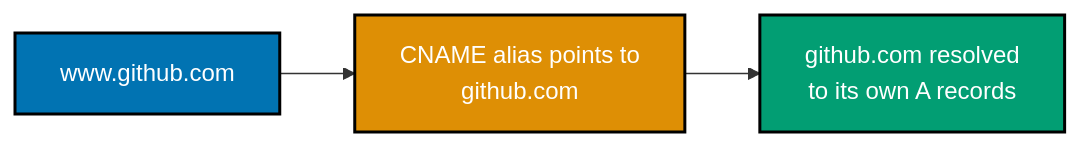
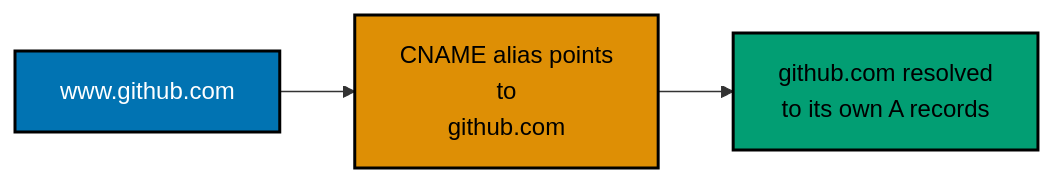
Before and after one commit to wahidyankf/ose-public: the sixth of 11 diagrams in apps/ayokoding-www/content/en/learn/courses/networking-essentials/learning/beginner.md, drawn with Mermaid. The commit also changed other lines of this file and 145 other files, not shown here.

First line of the commit message:
fix(mermaid): bring the second half of the courses diagrams onto the accessible palette

````diff
--- a/apps/ayokoding-www/content/en/learn/courses/networking-essentials/learning/beginner.md
+++ b/apps/ayokoding-www/content/en/learn/courses/networking-essentials/learning/beginner.md
@@ -609,10 +624,13 @@
 ```mermaid
 %% Color Palette: Blue #0173B2, Orange #DE8F05, Teal #029E73
 graph LR
-    A["www.github.com"]:::blue --> B["CNAME alias points to<br/>github.com"]:::orange
+    accTitle: Example 16: dig a CNAME Record
+    accDescr: Graph with 3 nodes and 2 connections. Nodes: www.github.com, CNAME alias points to github.com, github.com resolved to its own A records. Connections: www.github.com to CNAME alias points to github.com, CNAME alias points to github.com to github.com resolved to its own A records.
+    A["www.github.com"]:::blue --> B["CNAME alias points<br/>to<br/>github.com"]:::orange
     B --> C["github.com resolved<br/>to its own A records"]:::teal
 
     classDef blue fill:#0173B2,stroke:#000000,color:#FFFFFF,stroke-width:2px
-    classDef orange fill:#DE8F05,stroke:#000000,color:#FFFFFF,stroke-width:2px
-    classDef teal fill:#029E73,stroke:#000000,color:#FFFFFF,stroke-width:2px
+    classDef orange fill:#DE8F05,stroke:#000000,color:#000000,stroke-width:2px
+    classDef teal fill:#029E73,stroke:#000000,color:#000000,stroke-width:2px
+    classDef default fill:#FFFFFF,stroke:#000000,color:#000000
 ```
````
